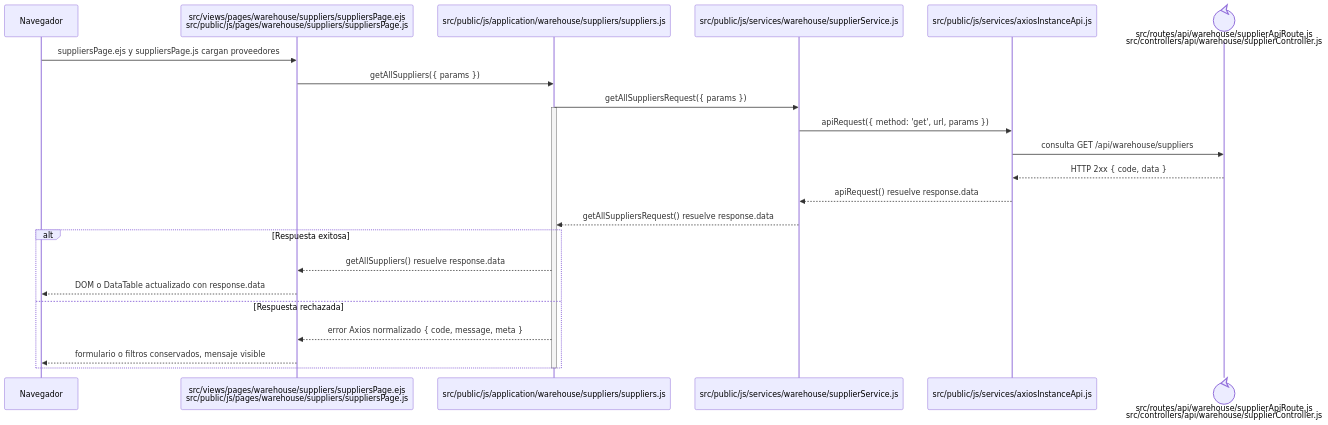
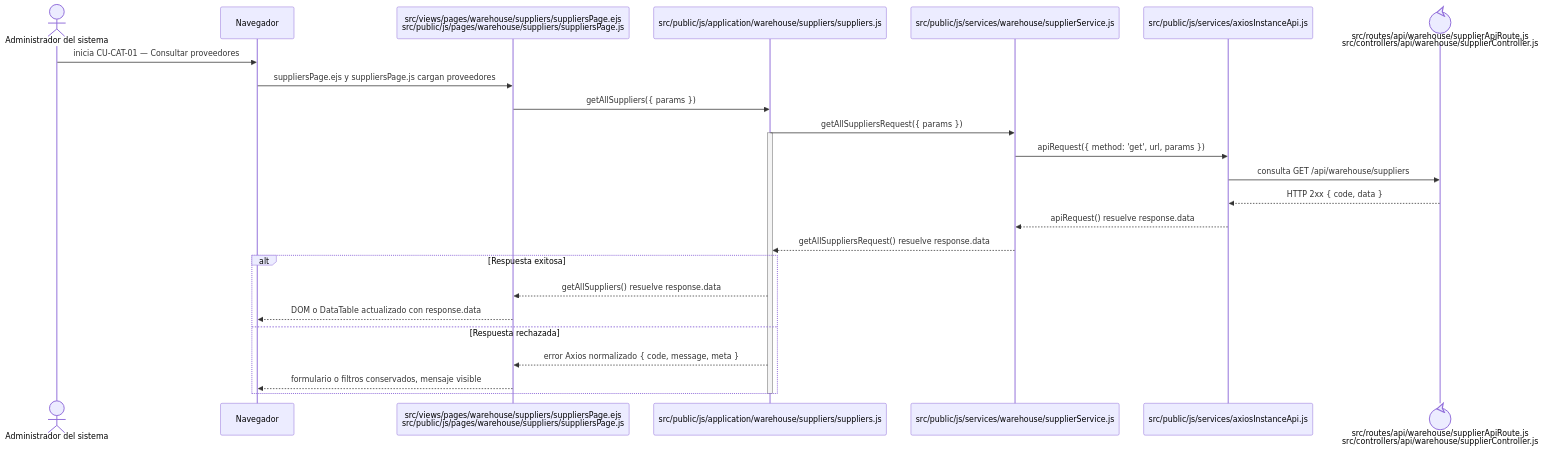
The diagram in docs/architecture/frontend-code-sequences/catalogs/cu-cat-01.md (gpgsistemas01/nexus), drawn with Mermaid before and after one commit. The commit also changed 105 other files, not shown here.

````diff
--- a/docs/architecture/frontend-code-sequences/catalogs/cu-cat-01.md
+++ b/docs/architecture/frontend-code-sequences/catalogs/cu-cat-01.md
@@ -6,27 +6,29 @@
 ```mermaid
 sequenceDiagram
+    actor Initiator as Administrador del sistema
     participant Browser as Navegador
     participant View as src/views/pages/warehouse/suppliers/suppliersPage.ejs<br/>src/public/js/pages/warehouse/suppliers/suppliersPage.js
     participant Application as src/public/js/application/warehouse/suppliers/suppliers.js
     participant Request as src/public/js/services/warehouse/supplierService.js
     participant HTTP as src/public/js/services/axiosInstanceApi.js
     participant Transport@{ "type": "control" } as src/routes/api/warehouse/supplierApiRoute.js<br/>src/controllers/api/warehouse/supplierController.js
 
+    Initiator->>Browser: inicia CU-CAT-01 — Consultar proveedores
     Browser->>View: suppliersPage.ejs y suppliersPage.js cargan proveedores
     View->>Application: getAllSuppliers({ params })
     Application->>Request: getAllSuppliersRequest({ params })
     activate Application
     Request->>HTTP: apiRequest({ method: 'get', url, params })
     HTTP->>Transport: consulta GET /api/warehouse/suppliers
     Transport-->>HTTP: HTTP 2xx { code, data }
     HTTP-->>Request: apiRequest() resuelve response.data
     Request-->>Application: getAllSuppliersRequest() resuelve response.data
     alt Respuesta exitosa
         Application-->>View: getAllSuppliers() resuelve response.data
         View-->>Browser: DOM o DataTable actualizado con response.data
     else Respuesta rechazada
         Application-->>View: error Axios normalizado { code, message, meta }
         View-->>Browser: formulario o filtros conservados, mensaje visible
     end
     deactivate Application
 ```
````
